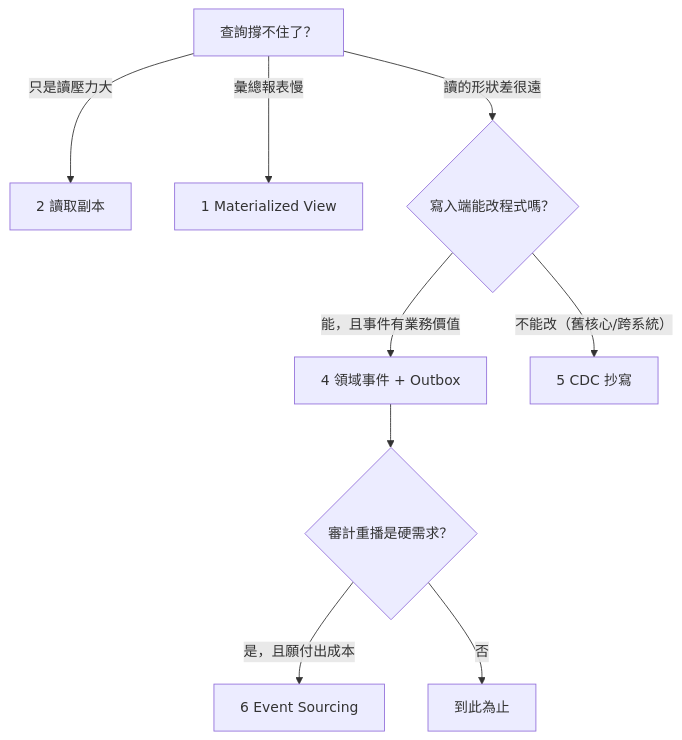
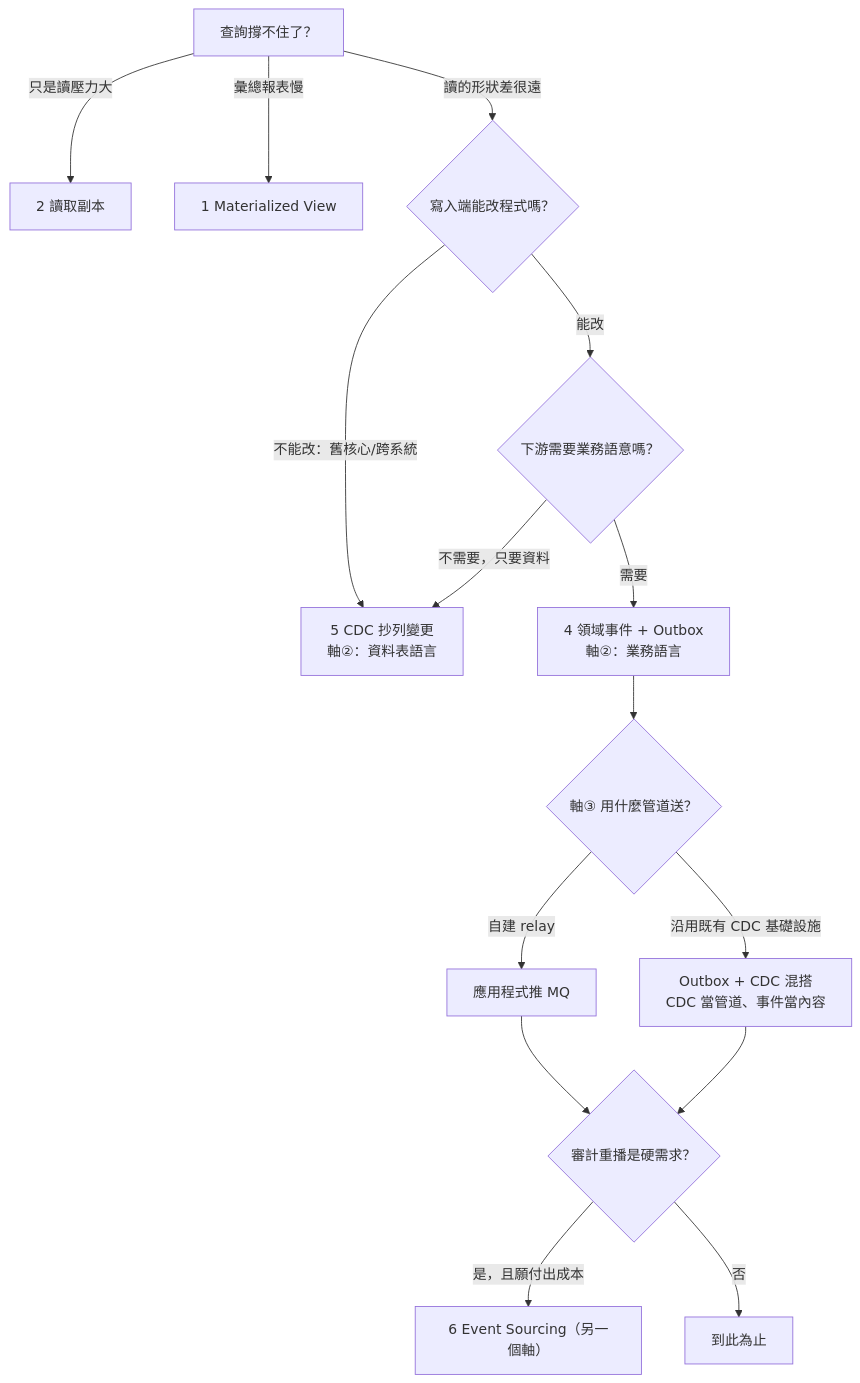
One commit to ChunPingWang/data-model-vs-domain-mode changed the eighth of 8 diagrams in README.md. Above: the diagram before and after it, drawn with Mermaid. The commit also changed other lines of this file and 2 other files, not shown here.

First line of the commit message:
Add beginner guide and reframe the CQRS/CDC comparison as three axes

````diff
--- a/README.md
+++ b/README.md
@@ -631,11 +904,17 @@
 ```mermaid
 flowchart TD
-    A[查詢撐不住了？] -->|只是讀壓力大| R[2 讀取副本]
-    A -->|彙總報表慢| M[1 Materialized View]
+    A[查詢撐不住了？] -->|只是讀壓力大| R["2 讀取副本"]
+    A -->|彙總報表慢| M["1 Materialized View"]
     A -->|讀的形狀差很遠| B{寫入端能改程式嗎？}
-    B -->|能，且事件有業務價值| O["4 領域事件 + Outbox"]
-    B -->|不能改（舊核心/跨系統）| C[5 CDC 抄寫]
-    O --> E{審計重播是硬需求？}
-    E -->|是，且願付出成本| ES[6 Event Sourcing]
+    B -->|不能改：舊核心/跨系統| C["5 CDC 抄列變更<br/>軸②：資料表語言"]
+    B -->|能改| D{下游需要業務語意嗎？}
+    D -->|不需要，只要資料| C
+    D -->|需要| O["4 領域事件 + Outbox<br/>軸②：業務語言"]
+    O --> H{軸③ 用什麼管道送？}
+    H -->|自建 relay| MQ["應用程式推 MQ"]
+    H -->|沿用既有 CDC 基礎設施| HY["Outbox + CDC 混搭<br/>CDC 當管道、事件當內容"]
+    MQ --> E{審計重播是硬需求？}
+    HY --> E
+    E -->|是，且願付出成本| ES["6 Event Sourcing（另一個軸）"]
     E -->|否| STOP[到此為止]
 ```
````
